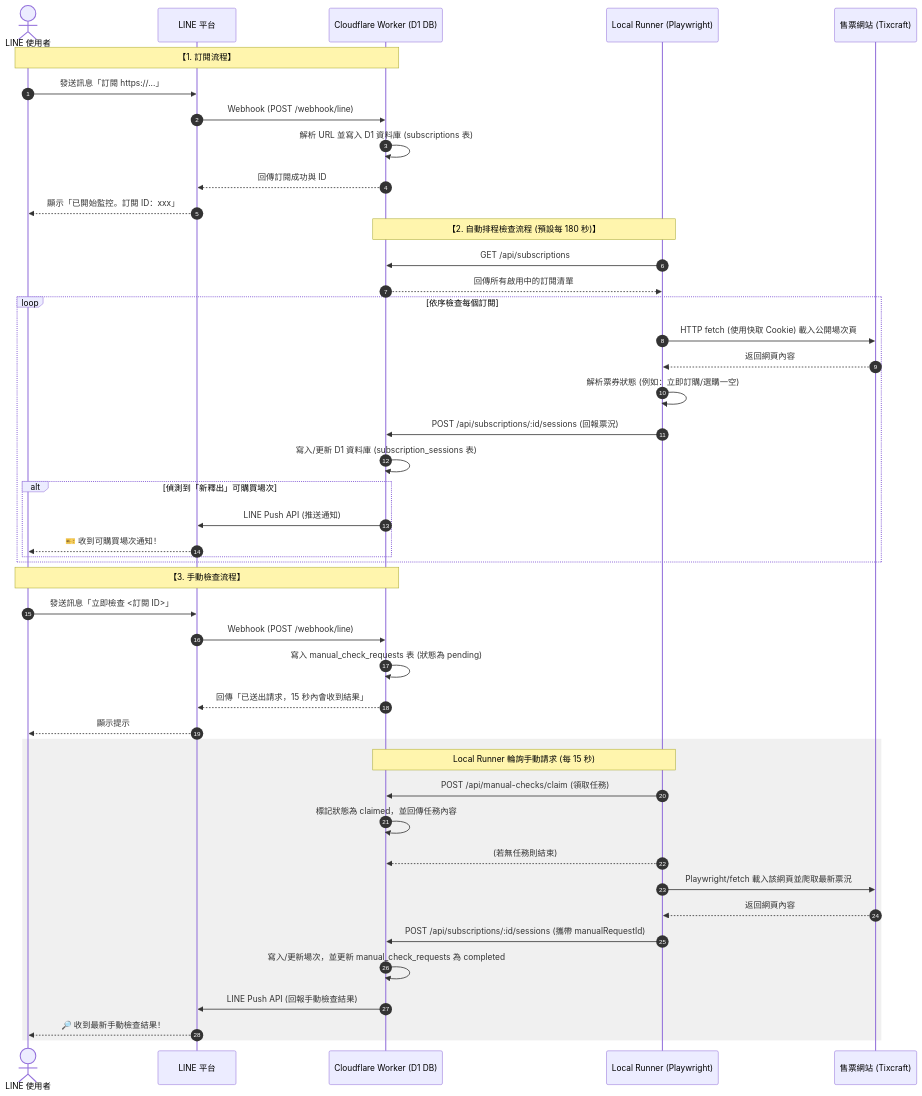
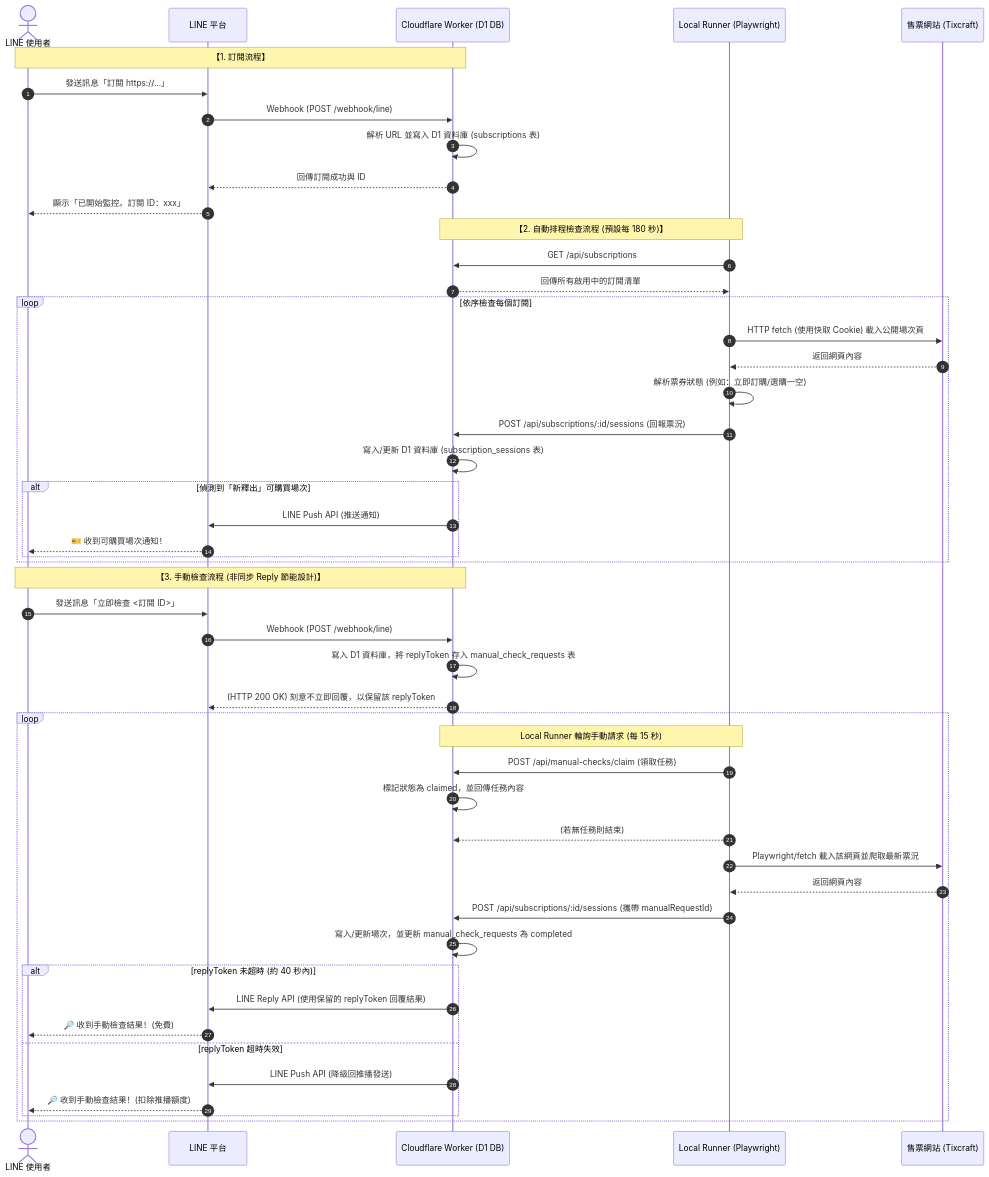
Before and after one commit to gene891212/ticket-monitor: the diagram in README.md, drawn with Mermaid. The commit also changed 5 other files, not shown here.

Commit message:
feat: implement free manual check with async reply & improve error diagnostics

````diff
--- a/README.md
+++ b/README.md
@@ -22,54 +22,58 @@
 ```mermaid
 sequenceDiagram
     autonumber
     actor User as LINE 使用者
     participant LINE as LINE 平台
     participant Worker as Cloudflare Worker (D1 DB)
     participant Runner as Local Runner (Playwright)
     participant Web as 售票網站 (Tixcraft)
 
     %% 訂閱流程
     Note over User, Worker: 【1. 訂閱流程】
     User->>LINE: 發送訊息「訂閱 https://...」
     LINE->>Worker: Webhook (POST /webhook/line)
     Worker->>Worker: 解析 URL 並寫入 D1 資料庫 (subscriptions 表)
     Worker-->>LINE: 回傳訂閱成功與 ID
     LINE-->>User: 顯示「已開始監控。訂閱 ID：xxx」
 
     %% 自動排程檢查
     Note over Runner, Worker: 【2. 自動排程檢查流程 (預設每 180 秒)】
     Runner->>Worker: GET /api/subscriptions
     Worker-->>Runner: 回傳所有啟用中的訂閱清單
     loop 依序檢查每個訂閱
         Runner->>Web: HTTP fetch (使用快取 Cookie) 載入公開場次頁
         Web-->>Runner: 返回網頁內容
         Runner->>Runner: 解析票券狀態 (例如：立即訂購/選購一空)
         Runner->>Worker: POST /api/subscriptions/:id/sessions (回報票況)
         Worker->>Worker: 寫入/更新 D1 資料庫 (subscription_sessions 表)
         alt 偵測到「新釋出」可購買場次
             Worker->>LINE: LINE Push API (推送通知)
             LINE-->>User: 🎫 收到可購買場次通知！
         end
     end
 
-    %% 手動檢查流程
-    Note over User, Worker: 【3. 手動檢查流程】
+    %% 手動檢查流程 (非同步 Reply 節能設計)
+    Note over User, Worker: 【3. 手動檢查流程 (非同步 Reply 節能設計)】
     User->>LINE: 發送訊息「立即檢查 <訂閱 ID>」
     LINE->>Worker: Webhook (POST /webhook/line)
-    Worker->>Worker: 寫入 manual_check_requests 表 (狀態為 pending)
-    Worker-->>LINE: 回傳「已送出請求，15 秒內會收到結果」
-    LINE-->>User: 顯示提示
+    Worker->>Worker: 寫入 D1 資料庫，將 replyToken 存入 manual_check_requests 表
+    Worker-->>LINE: (HTTP 200 OK) 刻意不立即回覆，以保留該 replyToken
 
-    rect rgb(240, 240, 240)
+    loop
         Note over Runner, Worker: Local Runner 輪詢手動請求 (每 15 秒)
         Runner->>Worker: POST /api/manual-checks/claim (領取任務)
         Worker->>Worker: 標記狀態為 claimed，並回傳任務內容
         Runner-->>Worker: (若無任務則結束)
         Runner->>Web: Playwright/fetch 載入該網頁並爬取最新票況
         Web-->>Runner: 返回網頁內容
         Runner->>Worker: POST /api/subscriptions/:id/sessions (攜帶 manualRequestId)
         Worker->>Worker: 寫入/更新場次，並更新 manual_check_requests 為 completed
-        Worker->>LINE: LINE Push API (回報手動檢查結果)
-        LINE-->>User: 🔎 收到最新手動檢查結果！
+        alt replyToken 未超時 (約 40 秒內)
+            Worker->>LINE: LINE Reply API (使用保留的 replyToken 回覆結果)
+            LINE-->>User: 🔎 收到手動檢查結果！(免費)
+        else replyToken 超時失效
+            Worker->>LINE: LINE Push API (降級回推播發送)
+            LINE-->>User: 🔎 收到手動檢查結果！(扣除推播額度)
+        end
     end
 ```
````
